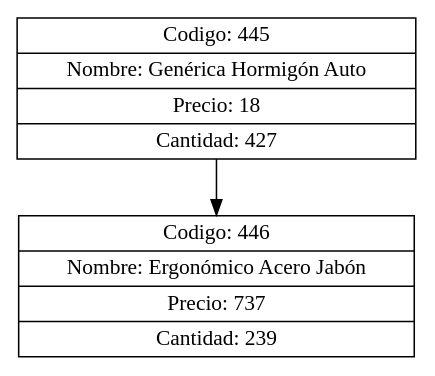
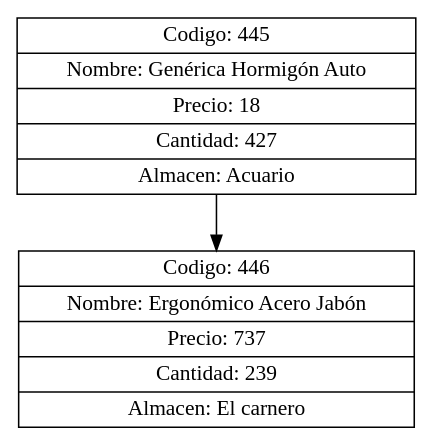
Before and after one commit to Pdante1897/EDD_VirtualMall_201700945: the diagram in src/Graphviz/files/ArbolAlcalaCastañedayCastañedaAsociados4.dot, drawn with Graphviz. The commit also changed 91 other files, not shown here.

```diff
--- a/src/Graphviz/files/ArbolAlcalaCastañedayCastañedaAsociados4.dot
+++ b/src/Graphviz/files/ArbolAlcalaCastañedayCastañedaAsociados4.dot
@@ -1,6 +1,6 @@
 digraph G{
 node[shape="box" shape="record"]
-nodo445[label="{ Codigo: 445 | Nombre: Genérica Hormigón Auto | Precio: 18 | Cantidad: 427}"];
-nodo446[label="{ Codigo: 446 | Nombre: Ergonómico Acero Jabón | Precio: 737 | Cantidad: 239}"];
+nodo445[label="{ Codigo: 445 | Nombre: Genérica Hormigón Auto | Precio: 18 | Cantidad: 427 | Almacen: Acuario}"];
+nodo446[label="{ Codigo: 446 | Nombre: Ergonómico Acero Jabón | Precio: 737 | Cantidad: 239 | Almacen: El carnero}"];
 nodo445->nodo446;
 }
```
